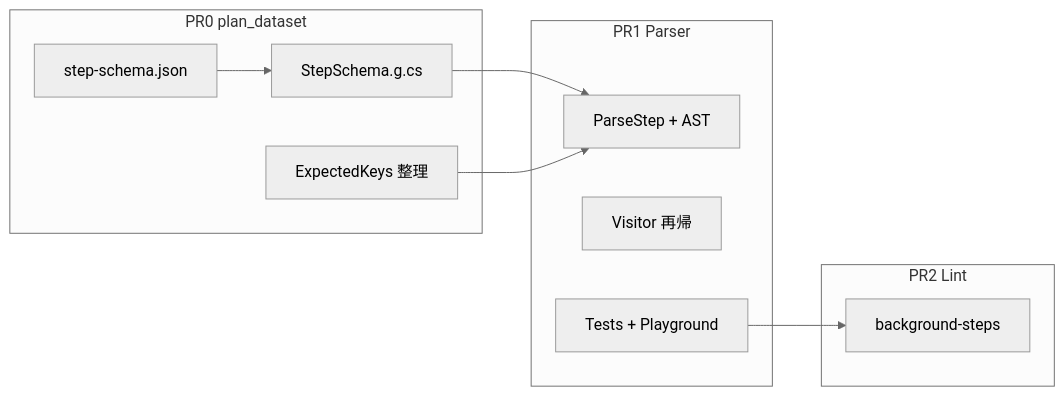
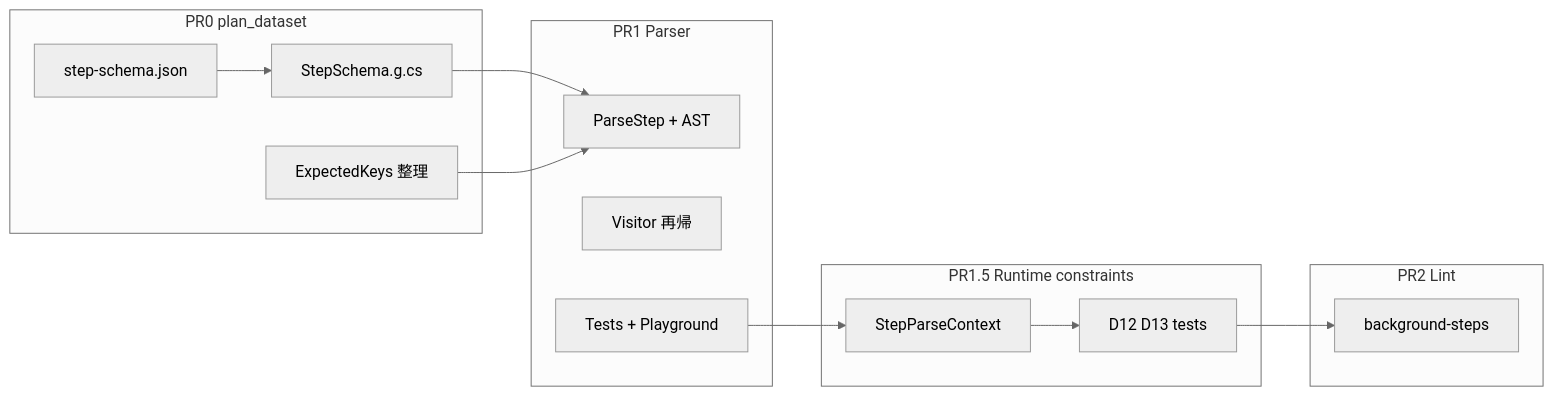
Before and after one commit to guitarrapc/seiton: the diagram in .github/docs/plan_parallel.md, drawn with Mermaid (neutral theme). The commit also changed other lines of this file and 7 other files, not shown here.

First line of the commit message:
feat(parser): enforce GitHub runtime step constraints via StepParseContext (#165)

````diff
--- a/.github/docs/plan_parallel.md
+++ b/.github/docs/plan_parallel.md
@@ -259,20 +370,26 @@
 ```mermaid
 flowchart LR
   subgraph pr0 [PR0 plan_dataset]
     A[step-schema.json]
     B[StepSchema.g.cs]
     C[ExpectedKeys 整理]
   end
   subgraph pr1 [PR1 Parser]
     P1[ParseStep + AST]
     P2[Visitor 再帰]
     P3[Tests + Playground]
   end
+  subgraph pr15 [PR1.5 Runtime constraints]
+    R1[StepParseContext]
+    R2[D12 D13 tests]
+  end
   subgraph pr2 [PR2 Lint]
     L1[background-steps]
   end
   A --> B
   B --> P1
   C --> P1
-  P3 --> L1
+  P3 --> R1
+  R1 --> R2
+  R2 --> L1
 ```
````
